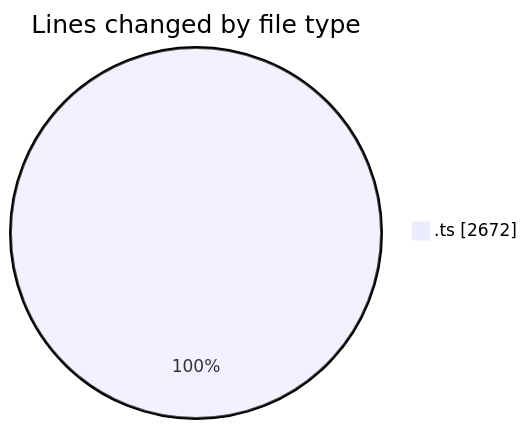
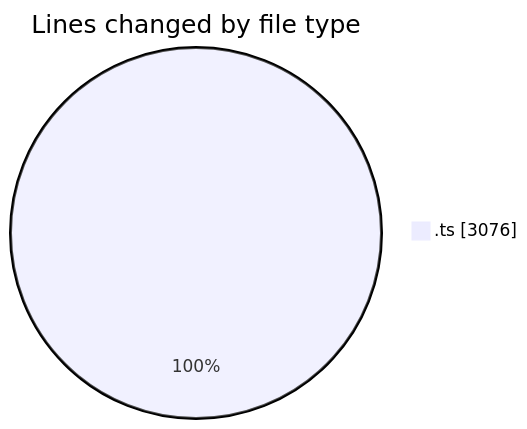
Before and after one commit to momahboobian/code-tracking: the first of 2 diagrams in 2025-06-27/cda/README.md, drawn with Mermaid. The commit also changed other lines of this file and 1 other file, not shown here.

````diff
--- a/2025-06-27/cda/README.md
+++ b/2025-06-27/cda/README.md
@@ -26,5 +26,5 @@
 ```mermaid
 pie showData
 title Lines changed by file type
-".ts" : 2672
+".ts" : 3076
 ```
````
